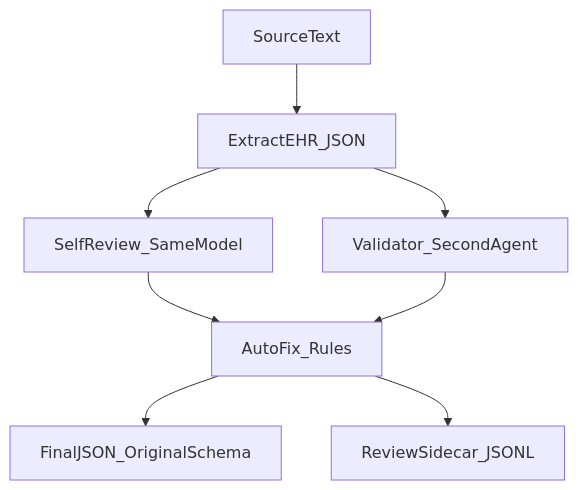
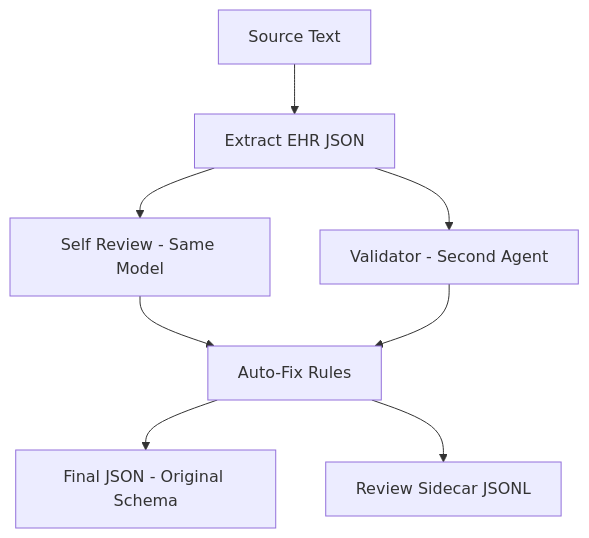
Before and after one commit to pigudog/OMGs: the fifth of 5 diagrams in README.md, drawn with Mermaid. The commit also changed other lines of this file and 11 other files, not shown here.

````diff
--- a/README.md
+++ b/README.md
@@ -356,10 +769,10 @@
 ```mermaid
 flowchart TD
-  SourceText[SourceText] --> Extract[ExtractEHR_JSON]
-  Extract --> SelfReview[SelfReview_SameModel]
-  Extract --> Validator[Validator_SecondAgent]
-  SelfReview --> AutoFix[AutoFix_Rules]
-  Validator --> AutoFix
-  AutoFix --> FinalJSON[FinalJSON_OriginalSchema]
-  AutoFix --> ReviewSidecar[ReviewSidecar_JSONL]
+    SourceText[Source Text] --> Extract[Extract EHR JSON]
+    Extract --> SelfReview[Self Review - Same Model]
+    Extract --> Validator[Validator - Second Agent]
+    SelfReview --> AutoFix[Auto-Fix Rules]
+    Validator --> AutoFix
+    AutoFix --> FinalJSON[Final JSON - Original Schema]
+    AutoFix --> ReviewSidecar[Review Sidecar JSONL]
 ```
````
